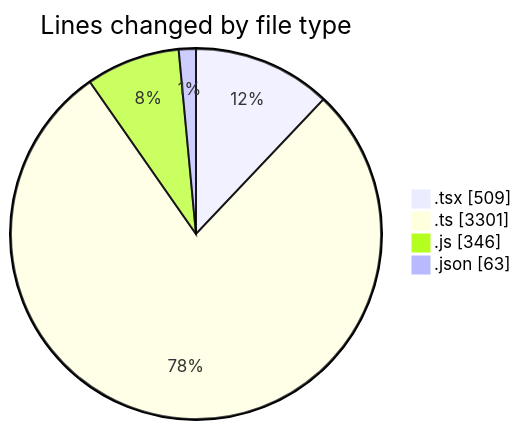
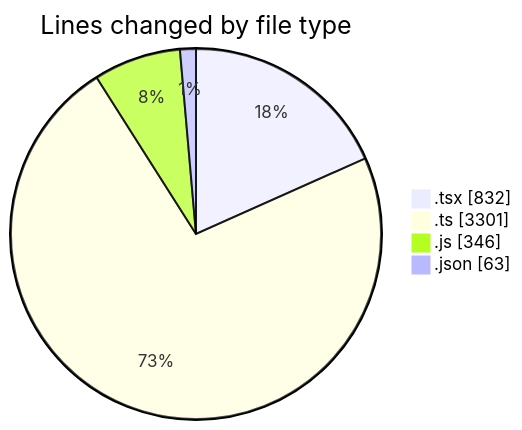
One commit to momahboobian/code-tracking changed the first of 2 diagrams in 2025-12-01/cda/README.md. Above: the diagram before and after it, drawn with Mermaid. The commit also changed other lines of this file and 1 other file, not shown here.

````diff
--- a/2025-12-01/cda/README.md
+++ b/2025-12-01/cda/README.md
@@ -29,8 +29,8 @@
 ```mermaid
 pie showData
 title Lines changed by file type
-".tsx" : 509
+".tsx" : 832
 ".ts" : 3301
 ".js" : 346
 ".json" : 63
 ```
````
